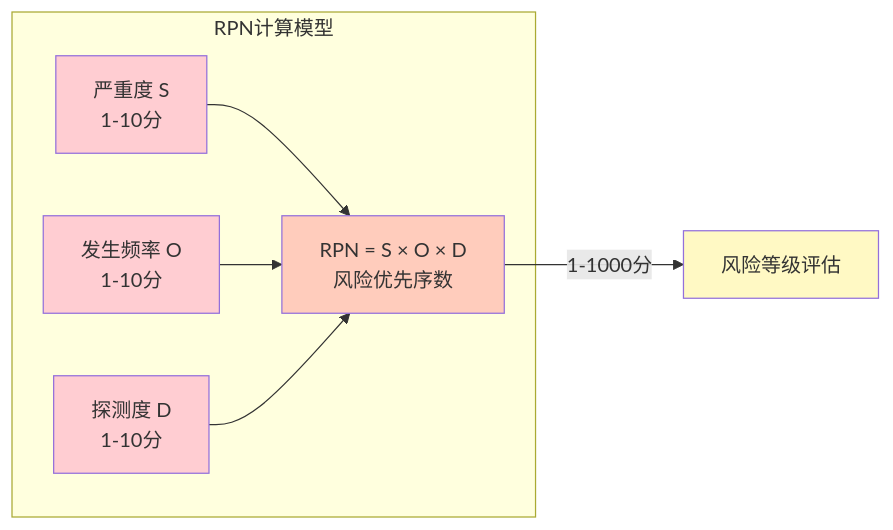
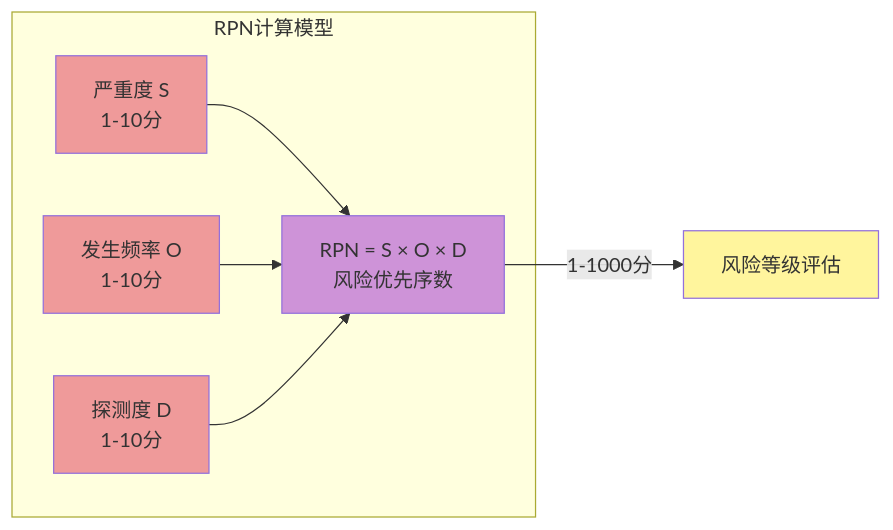
The first of 8 diagrams in content/posts/2026-01-16-automotive-risk-analysis-overview.md (s-ai-unix/blog), drawn with Mermaid before and after one commit. The commit also changed other lines of this file and 3 other files, not shown here.

````diff
--- a/content/posts/2026-01-16-automotive-risk-analysis-overview.md
+++ b/content/posts/2026-01-16-automotive-risk-analysis-overview.md
@@ -72,16 +72,16 @@
 ```mermaid
 graph LR
     subgraph RPN计算模型
         S[严重度 S<br>1-10分] --> RPN[RPN = S × O × D<br>风险优先序数]
         O[发生频率 O<br>1-10分] --> RPN
         D[探测度 D<br>1-10分] --> RPN
     end
 
     RPN -->|1-1000分| RISK[风险等级评估]
 
-    style S fill:#ffcdd2
-    style O fill:#ffcdd2
-    style D fill:#ffcdd2
-    style RPN fill:#ffccbc
-    style RISK fill:#fff9c4
+    style S fill:#ef9a9a
+    style O fill:#ef9a9a
+    style D fill:#ef9a9a
+    style RPN fill:#ce93d8
+    style RISK fill:#fff59d
 ```
````
